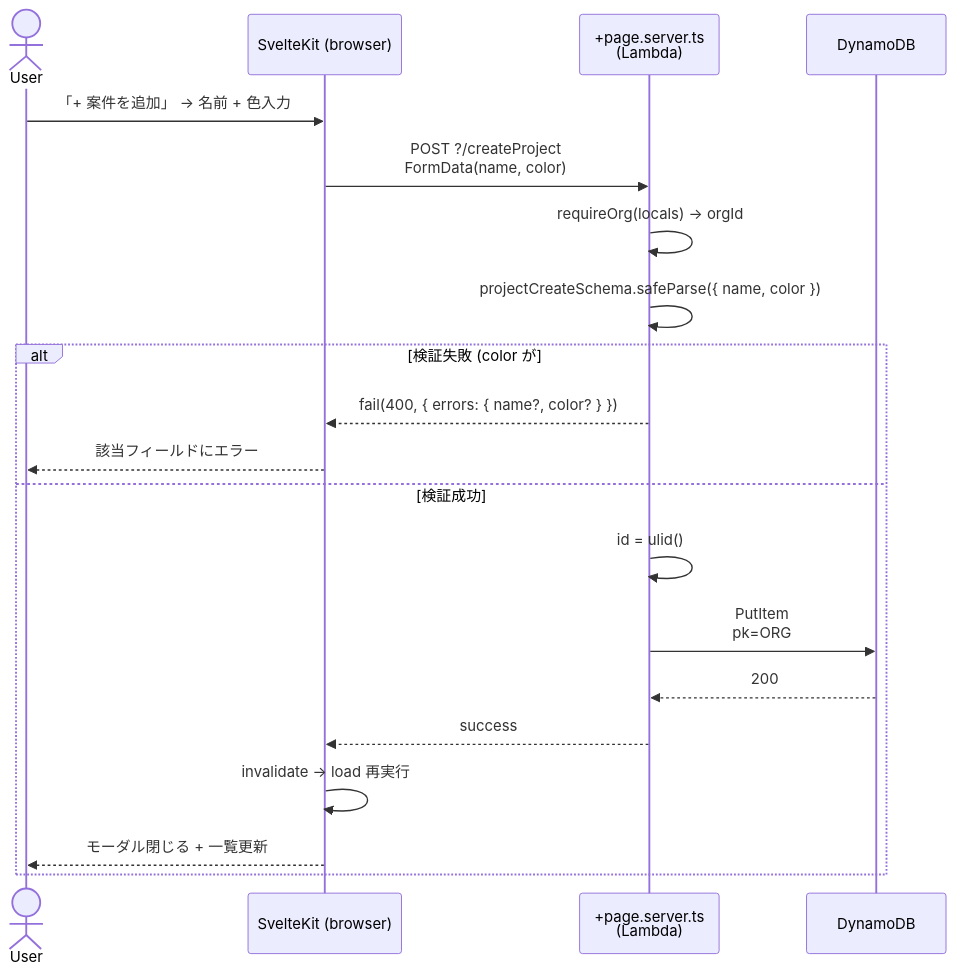
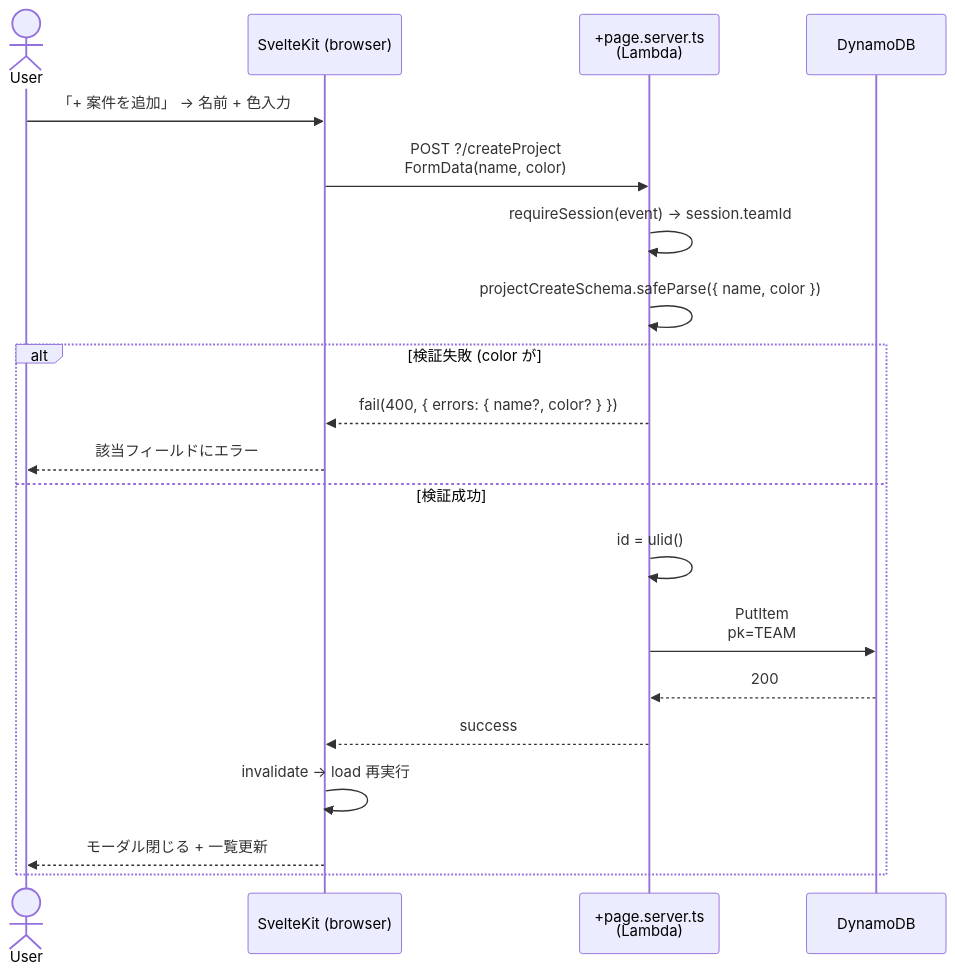
The third of 8 diagrams in docs/use-cases.md (tommykey-apps/resource-planner), drawn with Mermaid before and after one commit. The commit also changed other lines of this file and 25 other files, not shown here.

````diff
--- a/docs/use-cases.md
+++ b/docs/use-cases.md
@@ -150,23 +150,23 @@
 ```mermaid
 sequenceDiagram
     actor User
     participant SK as SvelteKit (browser)
     participant Server as +page.server.ts<br/>(Lambda)
     participant DDB as DynamoDB
 
     User->>SK: 「+ 案件を追加」 → 名前 + 色入力
     SK->>Server: POST ?/createProject<br/>FormData(name, color)
-    Server->>Server: requireOrg(locals) → orgId
+    Server->>Server: requireSession(event) → session.teamId
     Server->>Server: projectCreateSchema.safeParse({ name, color })
     alt 検証失敗 (color が #RRGGBB でない、name 空)
         Server-->>SK: fail(400, { errors: { name?, color? } })
         SK-->>User: 該当フィールドにエラー
     else 検証成功
         Server->>Server: id = ulid()
-        Server->>DDB: PutItem<br/>pk=ORG#{orgId}, sk=PRJ#{id},<br/>{ id, name, color }<br/>ConditionExpression: attribute_not_exists(sk)
+        Server->>DDB: PutItem<br/>pk=TEAM#{teamId}, sk=PRJ#{id},<br/>{ id, name, color }<br/>ConditionExpression: attribute_not_exists(sk)
         DDB-->>Server: 200
         Server-->>SK: success
         SK->>SK: invalidate → load 再実行
         SK-->>User: モーダル閉じる + 一覧更新
     end
 ```
````
